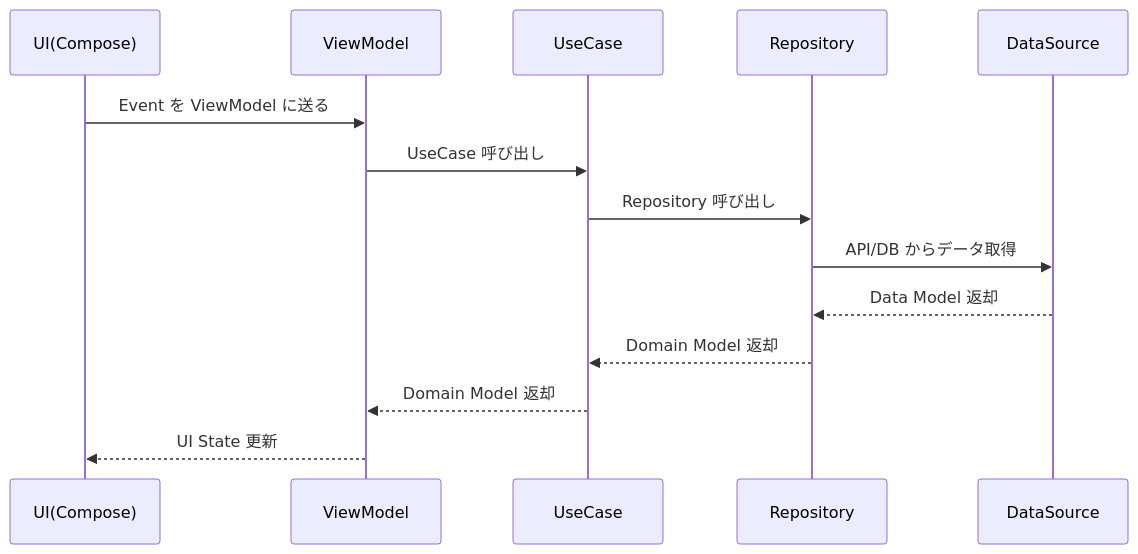
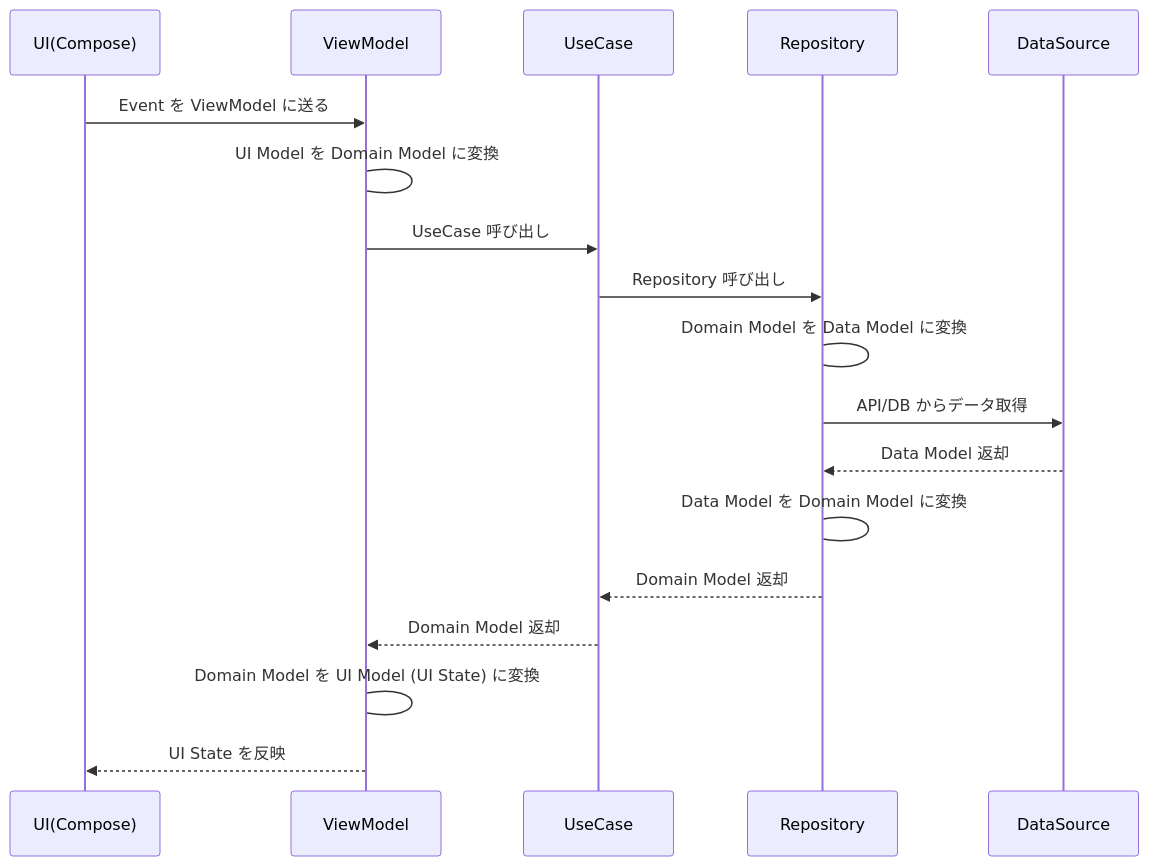
Before and after one commit to okuda0715tech/DirectDebitManager: the third of 3 diagrams in docs/architecture.md, drawn with Mermaid. The commit also changed other lines of this file, not shown here.

````diff
--- a/docs/architecture.md
+++ b/docs/architecture.md
@@ -104,17 +107,21 @@
 ```mermaid
 sequenceDiagram
   participant UI as UI(Compose)
   participant VM as ViewModel
   participant UC as UseCase
   participant REP as Repository
   participant DS as DataSource
 
   UI ->> VM: Event を ViewModel に送る
+  VM -> VM: UI Model を Domain Model に変換
   VM ->> UC: UseCase 呼び出し
   UC ->> REP: Repository 呼び出し
+  REP -> REP: Domain Model を Data Model に変換
   REP ->> DS: API/DB からデータ取得
   DS -->> REP: Data Model 返却
+  REP -> REP: Data Model を Domain Model に変換
   REP -->> UC: Domain Model 返却
   UC -->> VM: Domain Model 返却
-  VM -->> UI: UI State 更新
+  VM -> VM: Domain Model を UI Model (UI State) に変換
+  VM -->> UI: UI State を反映
 ```
````
